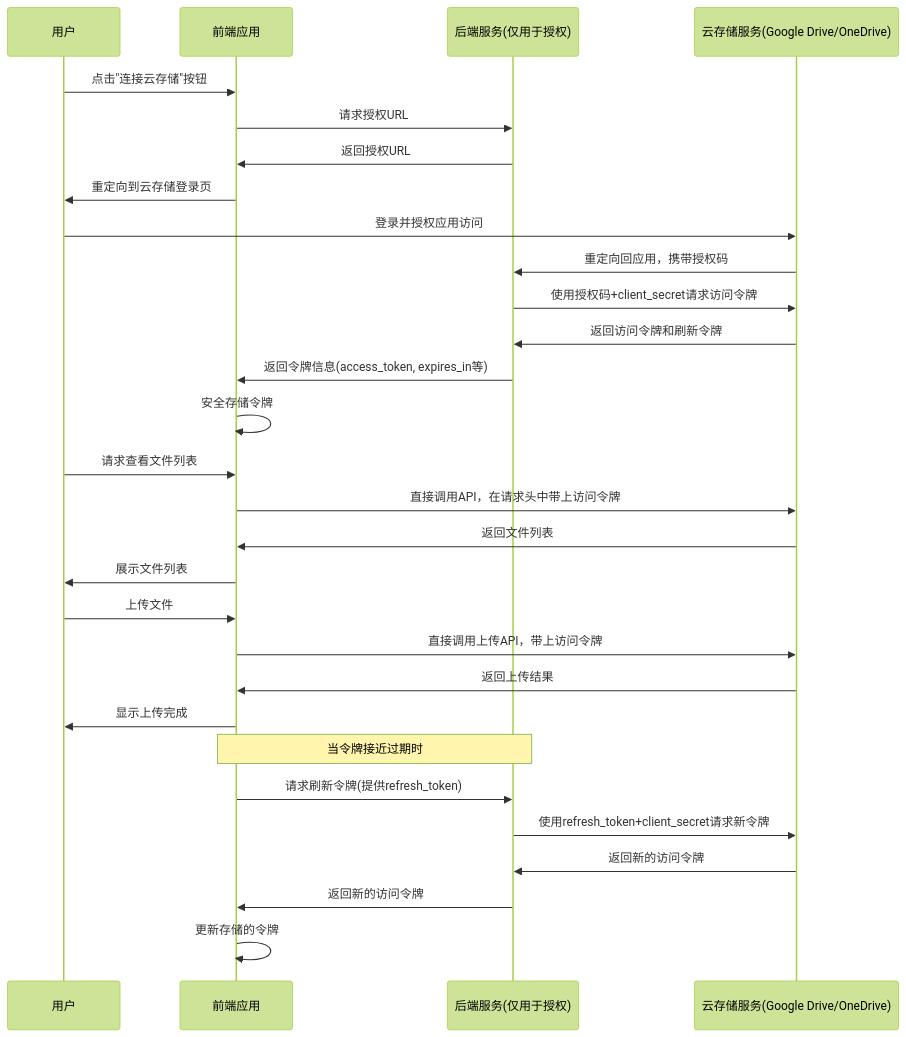
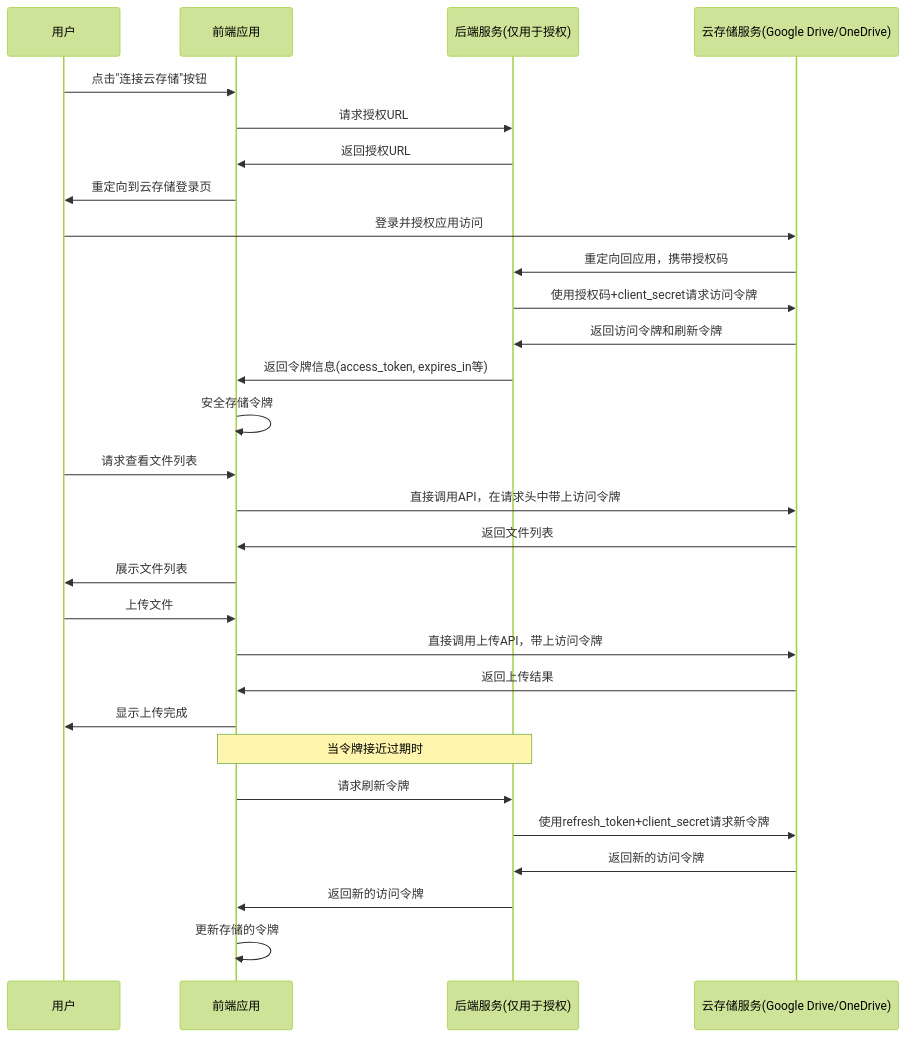
Before and after one commit to yingjianzh/iodraw-files: the diagram in all/未命名-40.md, drawn with Mermaid (forest theme).

Commit message:
2025-04-23 16:07:04 update

````diff
--- a/all/未命名-40.md
+++ b/all/未命名-40.md
@@ -1,42 +1,42 @@
 ```mermaid
 
 sequenceDiagram
     participant 用户
     participant 前端 as 前端应用
     participant 后端 as 后端服务(仅用于授权)
     participant 云存储 as 云存储服务(Google Drive/OneDrive)
 
 
     %% 授权阶段 - 需要后端配合
     用户->>前端: 点击"连接云存储"按钮
     前端->>后端: 请求授权URL
     后端->>前端: 返回授权URL
     前端->>用户: 重定向到云存储登录页
     用户->>云存储: 登录并授权应用访问
     云存储->>后端: 重定向回应用，携带授权码
     后端->>云存储: 使用授权码+client_secret请求访问令牌
     云存储->>后端: 返回访问令牌和刷新令牌
     后端->>前端: 返回令牌信息(access_token, expires_in等)
     前端->>前端: 安全存储令牌
 
     %% 使用阶段 - 前端直接调用云存储API
     用户->>前端: 请求查看文件列表
     前端->>云存储: 直接调用API，在请求头中带上访问令牌
     云存储->>前端: 返回文件列表
     前端->>用户: 展示文件列表
 
     %% 上传文件
     用户->>前端: 上传文件
     前端->>云存储: 直接调用上传API，带上访问令牌
     云存储->>前端: 返回上传结果
     前端->>用户: 显示上传完成
 
     %% 令牌刷新 - 仍需后端配合
     note over 前端,后端: 当令牌接近过期时
-    前端->>后端: 请求刷新令牌(提供refresh_token)
+    前端->>后端: 请求刷新令牌
     后端->>云存储: 使用refresh_token+client_secret请求新令牌
     云存储->>后端: 返回新的访问令牌
     后端->>前端: 返回新的访问令牌
     前端->>前端: 更新存储的令牌
 
 ```
````
